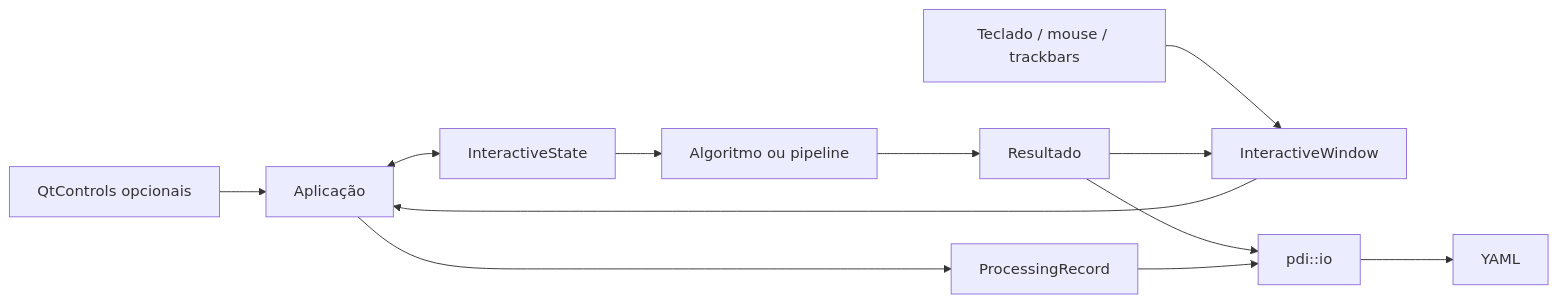
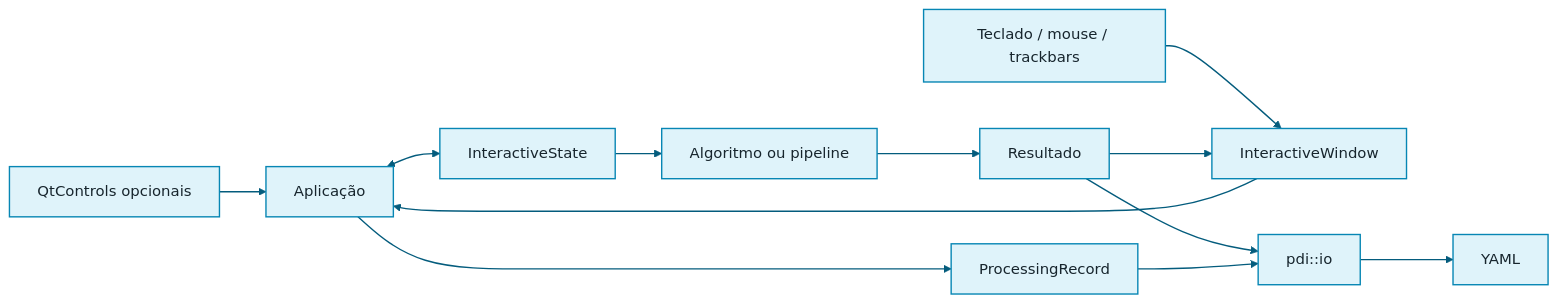
Before and after one commit to m4rc3lo/pdi-labs: the first of 2 diagrams in docs/architecture/interactive-ui.md, drawn with Mermaid. The commit also changed 14 other files, not shown here.

````diff
--- a/docs/architecture/interactive-ui.md
+++ b/docs/architecture/interactive-ui.md
@@ -17,21 +17,40 @@
 ```mermaid
+---
+config:
+  theme: base
+  themeVariables:
+    primaryColor: '#dff3fa'
+    primaryTextColor: '#17252d'
+    primaryBorderColor: '#0786b4'
+    lineColor: '#045c7d'
+    secondaryColor: '#eef9fc'
+    secondaryTextColor: '#17252d'
+    secondaryBorderColor: '#0786b4'
+    tertiaryColor: '#ffffff'
+    tertiaryTextColor: '#17252d'
+    tertiaryBorderColor: '#78bfd8'
+    fontFamily: 'Segoe UI, Roboto, Helvetica, Arial, sans-serif'
+---
 flowchart LR
     App["Aplicação"]
     State["InteractiveState"]
     Window["InteractiveWindow"]
     Qt["QtControls opcionais"]
     Events["Teclado / mouse / trackbars"]
     Pipeline["Algoritmo ou pipeline"]
     Result["Resultado"]
     IO["pdi::io"]
     Record["ProcessingRecord"]
     YAML["YAML"]
 
     Events --> Window --> App
     Qt --> App
     App <--> State
     State --> Pipeline --> Result
     Result --> Window
     Result --> IO
     App --> Record --> IO --> YAML
+    classDef default fill:#dff3fa,stroke:#0786b4,color:#17252d,stroke-width:1.5px;
+    linkStyle default stroke:#045c7d,stroke-width:1.5px;
+
 ```
````
